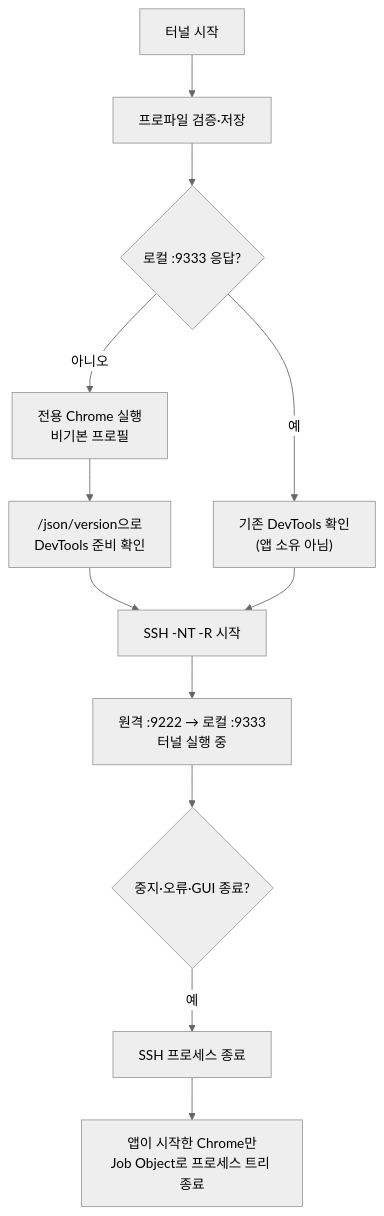
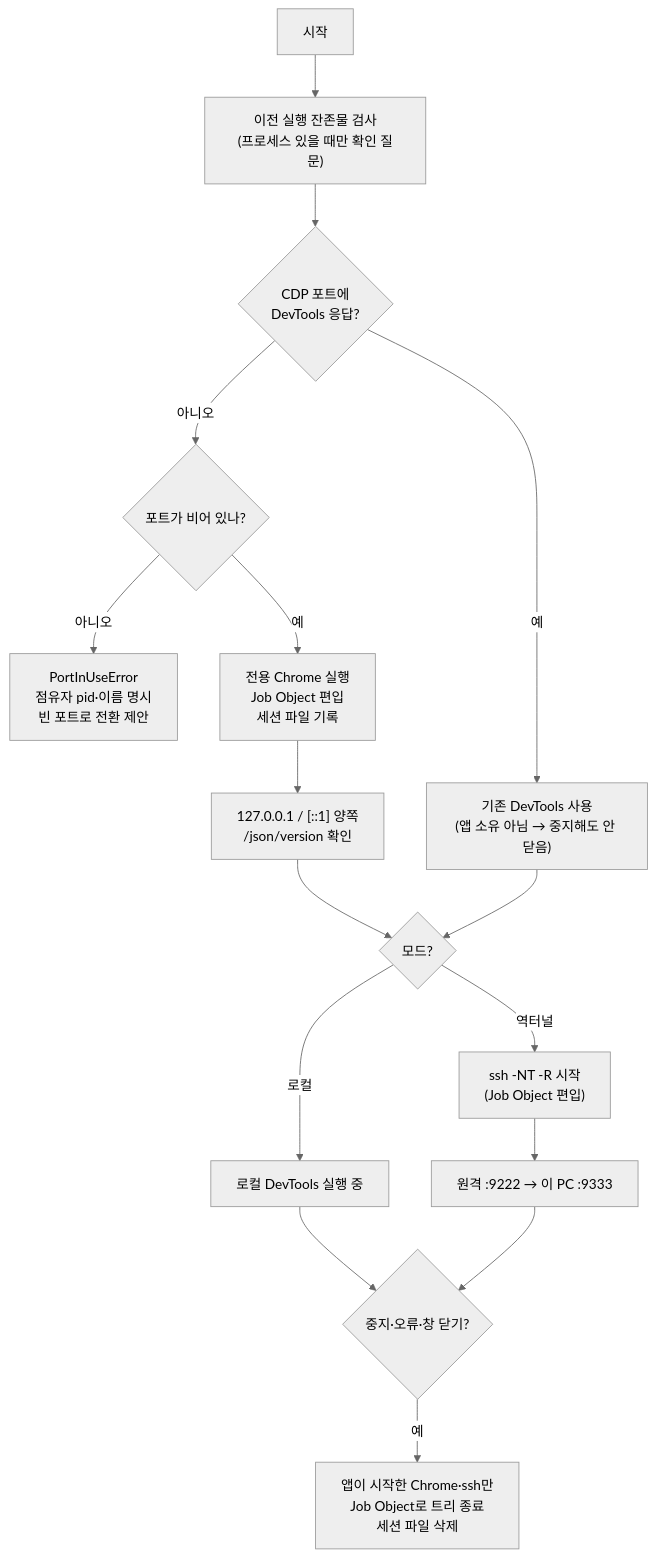
The third of 4 diagrams in _forAI/README.md (gbox3d/ready_chromedev), drawn with Mermaid (neutral theme) before and after one commit. The commit also changed other lines of this file and 31 other files, not shown here.

````diff
--- a/_forAI/README.md
+++ b/_forAI/README.md
@@ -80,14 +106,18 @@
 ```mermaid
 flowchart TD
-    START["터널 시작"] --> VALIDATE["프로파일 검증·저장"]
-    VALIDATE --> CHECK{"로컬 :9333 응답?"}
-    CHECK -->|"아니오"| LAUNCH["전용 Chrome 실행<br/>비기본 프로필"]
-    LAUNCH --> READY["/json/version으로<br/>DevTools 준비 확인"]
-    CHECK -->|"예"| EXISTING["기존 DevTools 확인<br/>(앱 소유 아님)"]
-    READY --> SSHSTART["SSH -NT -R 시작"]
-    EXISTING --> SSHSTART
-    SSHSTART --> RUNNING["원격 :9222 → 로컬 :9333<br/>터널 실행 중"]
-    RUNNING --> STOP{"중지·오류·GUI 종료?"}
-    STOP -->|"예"| SSHSTOP["SSH 프로세스 종료"]
-    SSHSTOP --> CLEANUP["앱이 시작한 Chrome만<br/>Job Object로 프로세스 트리 종료"]
+    START["시작"] --> SCAN["이전 실행 잔존물 검사<br/>(프로세스 있을 때만 확인 질문)"]
+    SCAN --> PROBE{"CDP 포트에<br/>DevTools 응답?"}
+    PROBE -->|"예"| EXISTING["기존 DevTools 사용<br/>(앱 소유 아님 → 중지해도 안 닫음)"]
+    PROBE -->|"아니오"| FREE{"포트가 비어 있나?"}
+    FREE -->|"아니오"| CONFLICT["PortInUseError<br/>점유자 pid·이름 명시<br/>빈 포트로 전환 제안"]
+    FREE -->|"예"| LAUNCH["전용 Chrome 실행<br/>Job Object 편입<br/>세션 파일 기록"]
+    LAUNCH --> READY["127.0.0.1 / [::1] 양쪽<br/>/json/version 확인"]
+    READY --> MODE{"모드?"}
+    EXISTING --> MODE
+    MODE -->|"로컬"| LOCALRUN["로컬 DevTools 실행 중"]
+    MODE -->|"역터널"| SSHSTART["ssh -NT -R 시작<br/>(Job Object 편입)"]
+    SSHSTART --> RUNNING["원격 :9222 → 이 PC :9333"]
+    LOCALRUN --> STOP{"중지·오류·창 닫기?"}
+    RUNNING --> STOP
+    STOP -->|"예"| CLEANUP["앱이 시작한 Chrome·ssh만<br/>Job Object로 트리 종료<br/>세션 파일 삭제"]
 ```
````
